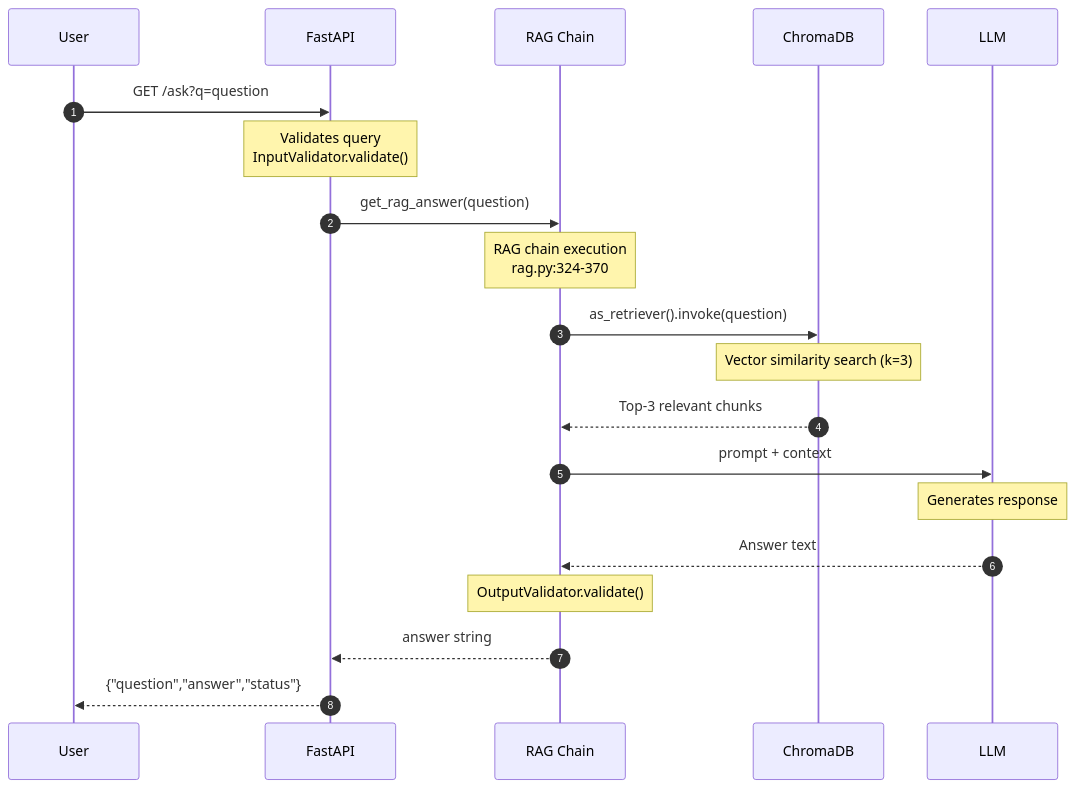
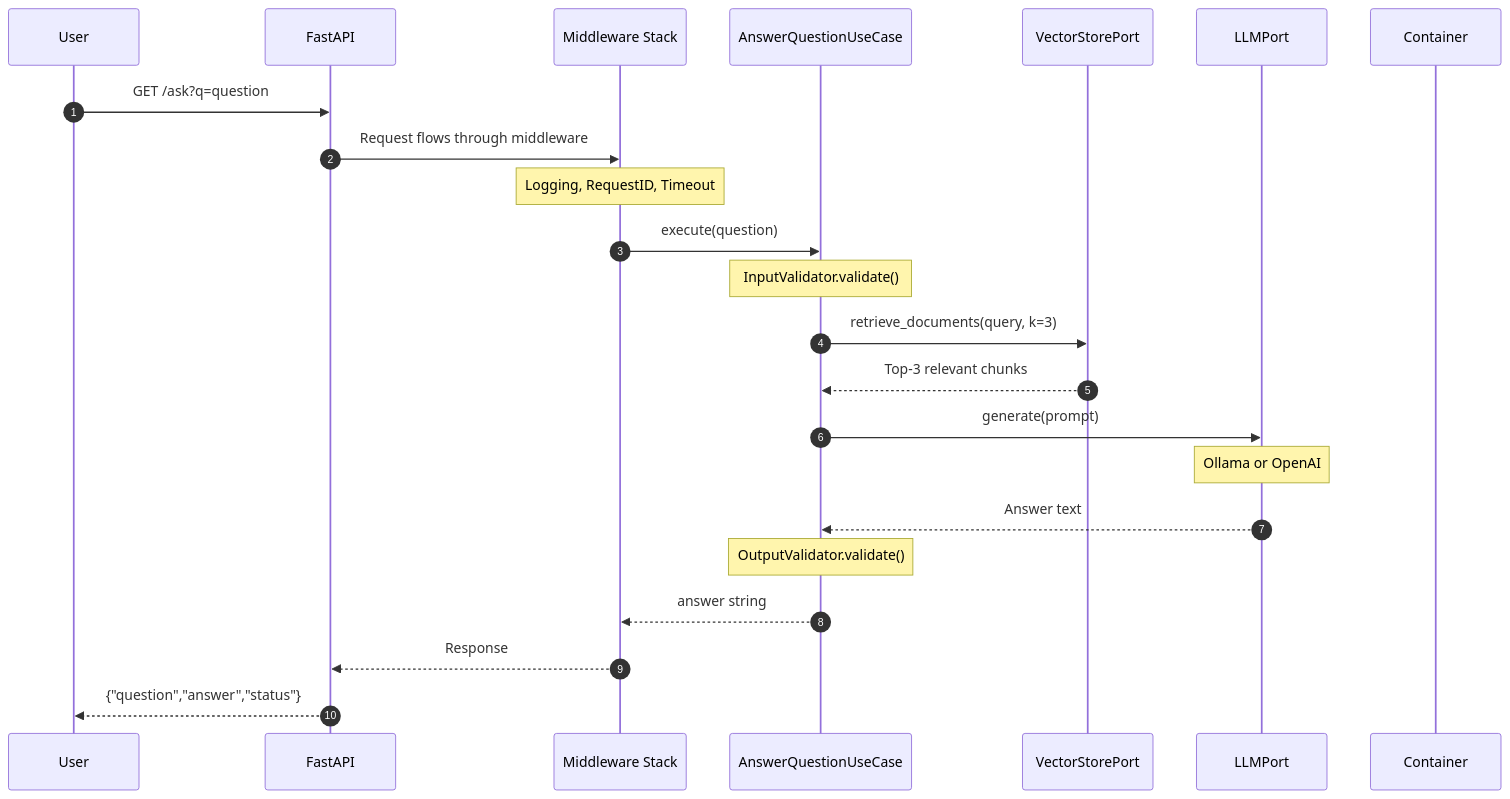
The second of 4 diagrams in docs/ARCHITECTURE.md (urrestarazu-alejandro/promtior-chat-assistant), drawn with Mermaid before and after one commit. The commit also changed other lines of this file and 89 other files, not shown here.

First line of the commit message:
feat(rag): Implement RAG v2.1 with Clean Architecture and hallucination fixes

````diff
--- a/docs/ARCHITECTURE.md
+++ b/docs/ARCHITECTURE.md
@@ -72,30 +87,32 @@
 ```mermaid
 sequenceDiagram
     autonumber
     participant U as User
     participant F as FastAPI
-    participant RC as RAG Chain
-    participant VS as ChromaDB
-    participant L as LLM
+    participant M as Middleware Stack
+    participant UC as AnswerQuestionUseCase
+    participant V as VectorStorePort
+    participant L as LLMPort
+    participant C as Container
 
     U->>F: GET /ask?q=question
-    Note over F: Validates query<br/>InputValidator.validate()
+    F->>M: Request flows through middleware
+    Note over M: Logging, RequestID, Timeout
+    
+    M->>UC: execute(question)
+    Note over UC: InputValidator.validate()
 
-    F->>RC: get_rag_answer(question)
-    Note over RC: RAG chain execution<br/>rag.py:324-370
+    UC->>V: retrieve_documents(query, k=3)
+    V-->>UC: Top-3 relevant chunks
 
-    RC->>VS: as_retriever().invoke(question)
-    Note over VS: Vector similarity search (k=3)
+    UC->>L: generate(prompt)
+    Note over L: Ollama or OpenAI
 
-    VS-->>RC: Top-3 relevant chunks
+    L-->>UC: Answer text
+    Note over UC: OutputValidator.validate()
 
-    RC->>L: prompt + context
-    Note over L: Generates response
-
-    L-->>RC: Answer text
-    Note over RC: OutputValidator.validate()
-
-    RC-->>F: answer string
+    UC-->>M: answer string
+    M-->>F: Response
 
     F-->>U: {"question","answer","status"}
 ```
````
